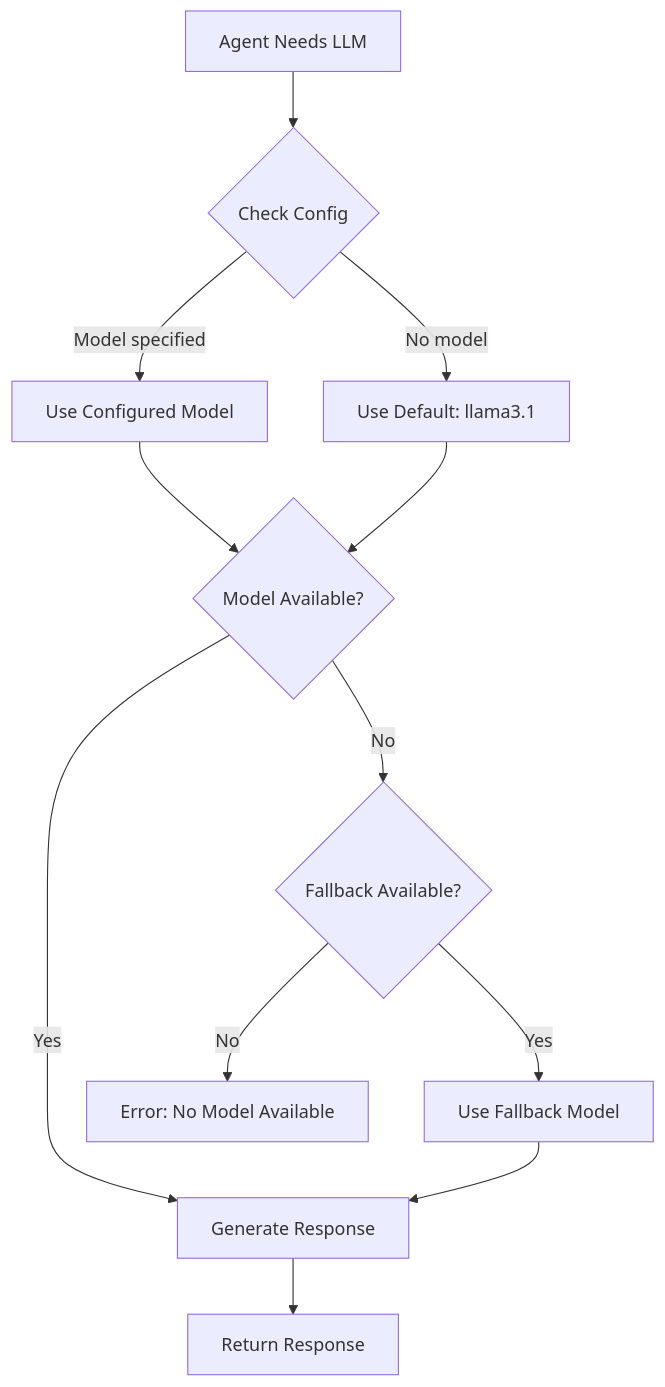
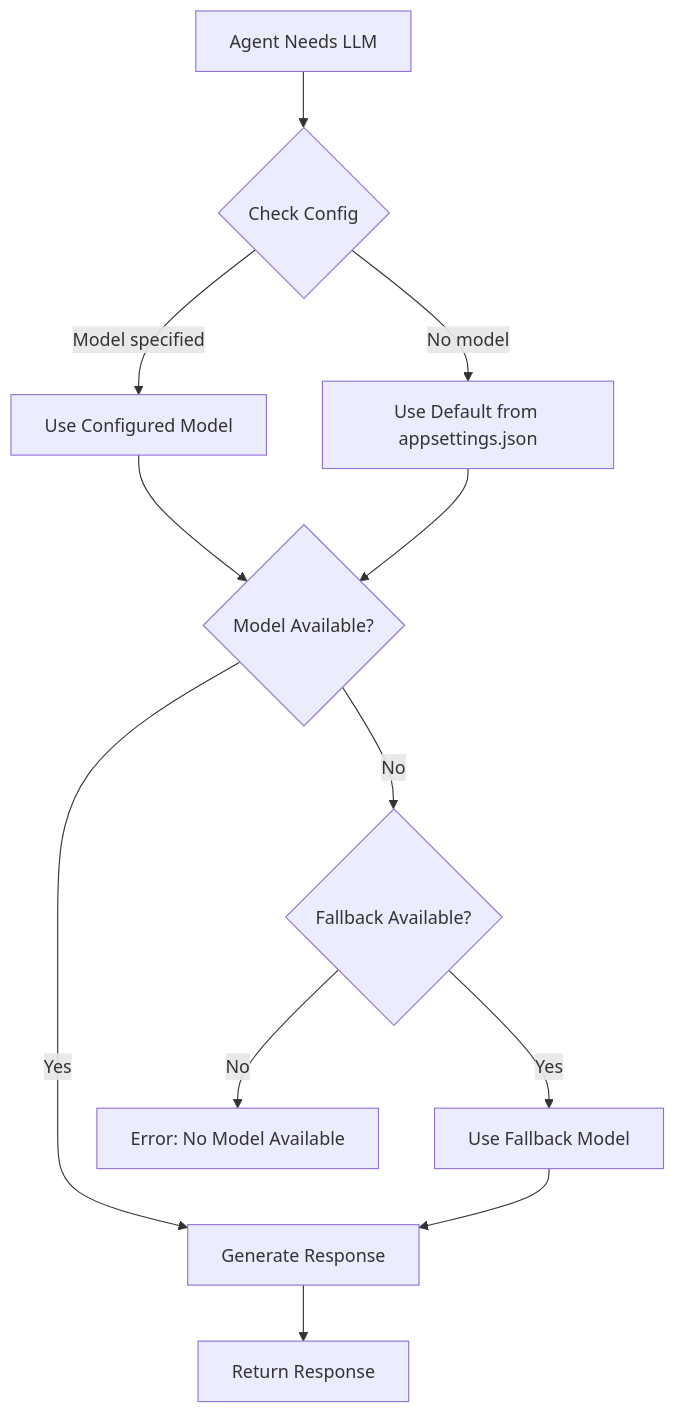
The second of 2 diagrams in docs/adr/ADR-002-ollama-provider.md (manojbhatty/AIScriptToMediaDotNet), drawn with Mermaid before and after one commit. The commit also changed other lines of this file and 29 other files, not shown here.

````diff
--- a/docs/adr/ADR-002-ollama-provider.md
+++ b/docs/adr/ADR-002-ollama-provider.md
@@ -69,14 +69,14 @@
 ```mermaid
 flowchart TD
     Start[Agent Needs LLM] --> Config{Check Config}
     Config -->|Model specified| UseModel[Use Configured Model]
-    Config -->|No model| Default[Use Default: llama3.1]
+    Config -->|No model| Default[Use Default from appsettings.json]
     UseModel --> Available{Model Available?}
     Default --> Available
     Available -->|Yes| Generate[Generate Response]
     Available -->|No| Fallback{Fallback Available?}
     Fallback -->|Yes| UseFallback[Use Fallback Model]
     Fallback -->|No| Error[Error: No Model Available]
     UseFallback --> Generate
     Generate --> Result[Return Response]
 ```
````
